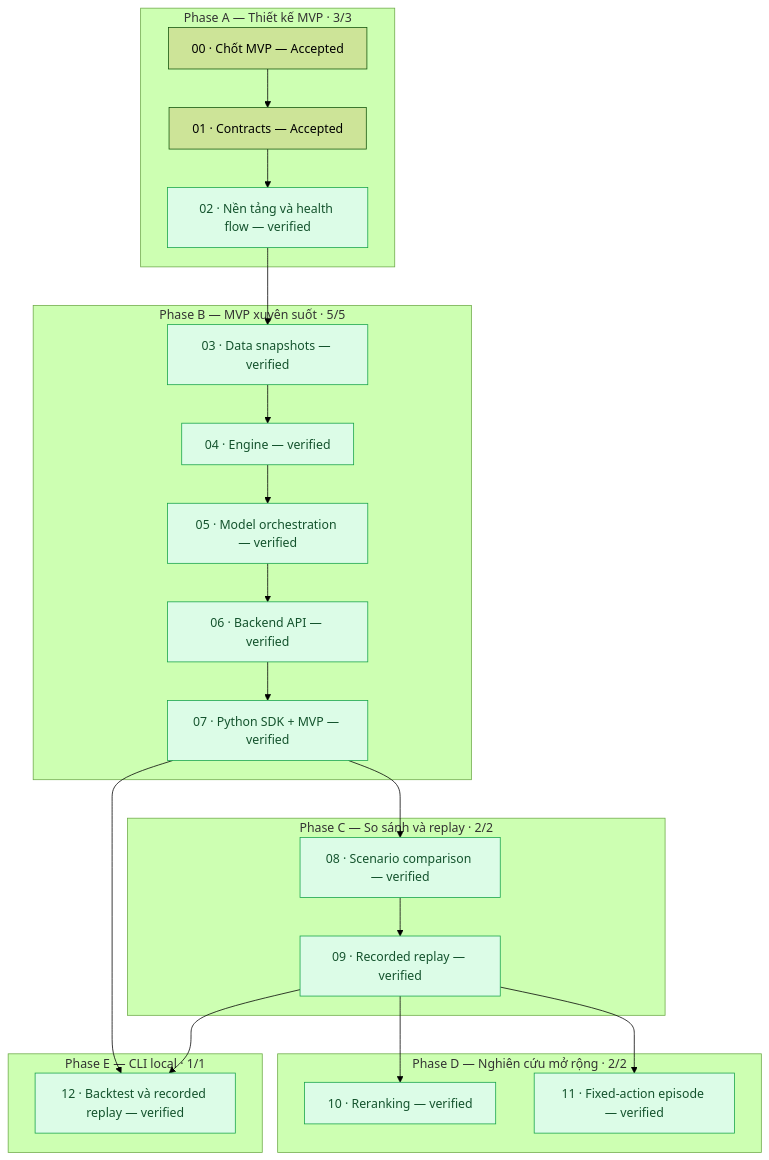
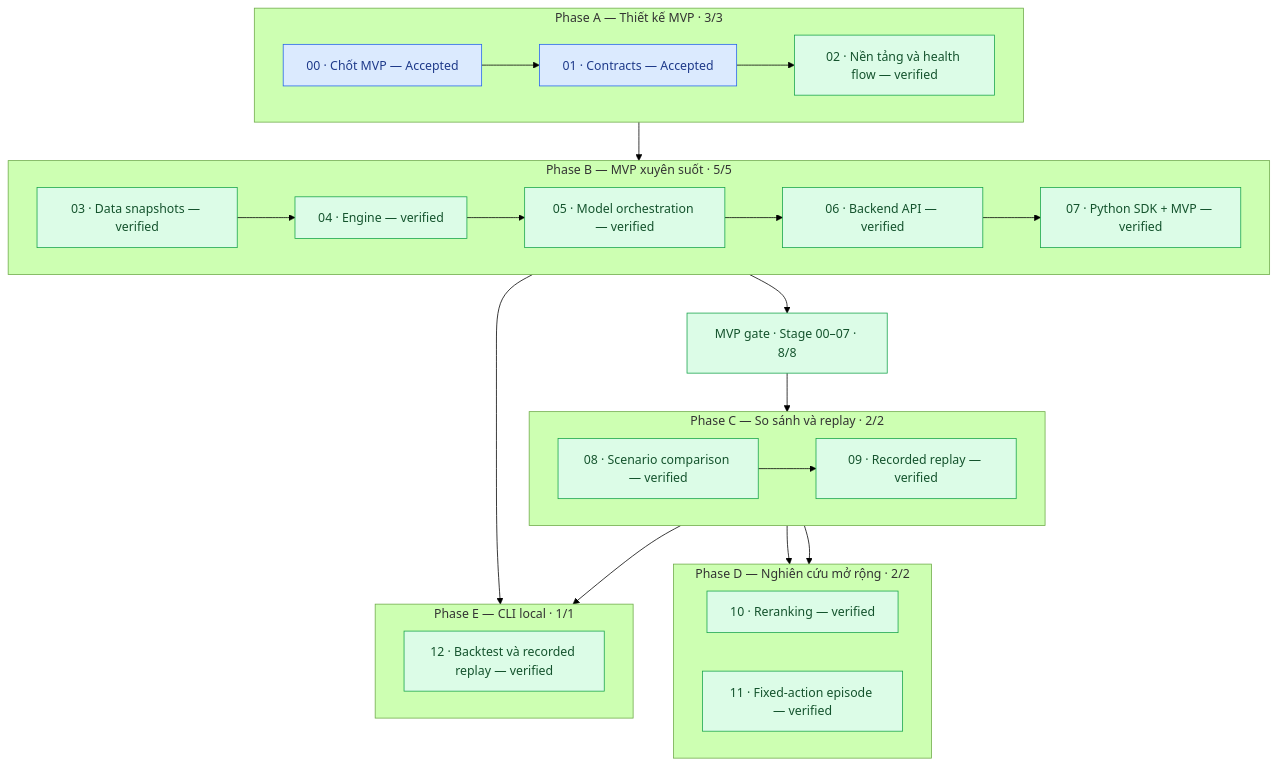
The diagram in plan/implementation/README.md (ryantr-statinops/factorsbt), drawn with Mermaid (forest theme) before and after one commit. The commit also changed other lines of this file, not shown here.

Commit message:
docs(plan): clarify phase dependency graph

````diff
--- a/plan/implementation/README.md
+++ b/plan/implementation/README.md
@@ -48,37 +48,46 @@
 ```mermaid
 flowchart TD
     subgraph A["Phase A — Thiết kế MVP · 3/3"]
+        direction LR
         A0["00 · Chốt MVP — Accepted"] --> A1["01 · Contracts — Accepted"]
         A1 --> A2["02 · Nền tảng và health flow — verified"]
     end
 
     subgraph B["Phase B — MVP xuyên suốt · 5/5"]
+        direction LR
         B0["03 · Data snapshots — verified"] --> B1["04 · Engine — verified"]
         B1 --> B2["05 · Model orchestration — verified"]
         B2 --> B3["06 · Backend API — verified"]
         B3 --> B4["07 · Python SDK + MVP — verified"]
     end
 
+    MVP["MVP gate · Stage 00–07 · 8/8"]
+
     subgraph C["Phase C — So sánh và replay · 2/2"]
+        direction LR
         C0["08 · Scenario comparison — verified"] --> C1["09 · Recorded replay — verified"]
     end
 
     subgraph D["Phase D — Nghiên cứu mở rộng · 2/2"]
+        direction LR
         D0["10 · Reranking — verified"]
         D1["11 · Fixed-action episode — verified"]
     end
 
     subgraph E["Phase E — CLI local · 1/1"]
+        direction LR
         E0["12 · Backtest và recorded replay — verified"]
     end
 
     A2 --> B0
-    B4 --> C0
+    B4 --> MVP --> C0
     C1 --> D0
     C1 --> D1
     B4 --> E0
     C1 --> E0
 
+    classDef accepted fill:#dbeafe,stroke:#2563eb,color:#1e3a8a
     classDef implemented fill:#dcfce7,stroke:#16a34a,color:#14532d
-    class A2,B0,B1,B2,B3,B4,C0,C1,D0,D1,E0 implemented
+    class A0,A1 accepted
+    class A2,B0,B1,B2,B3,B4,MVP,C0,C1,D0,D1,E0 implemented
 ```
````
